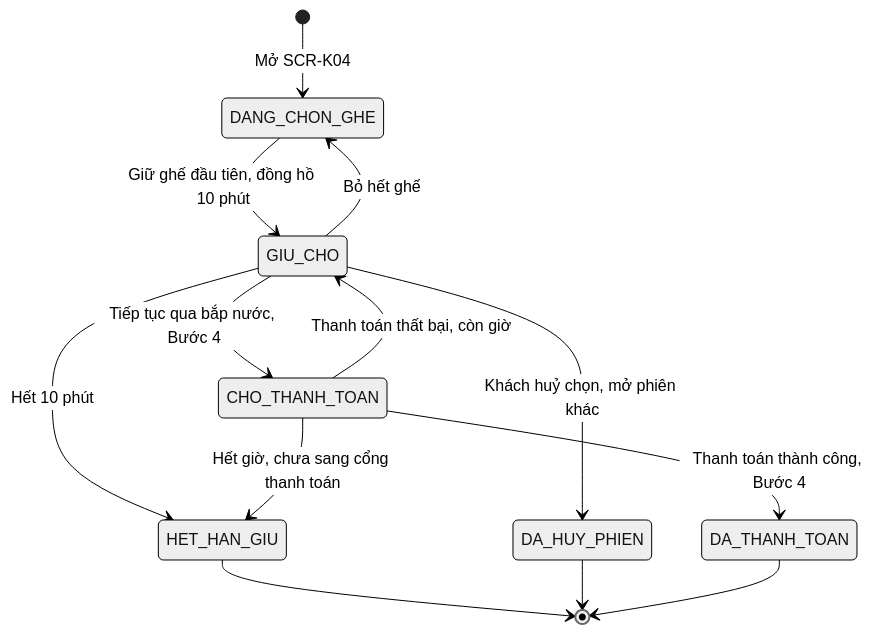
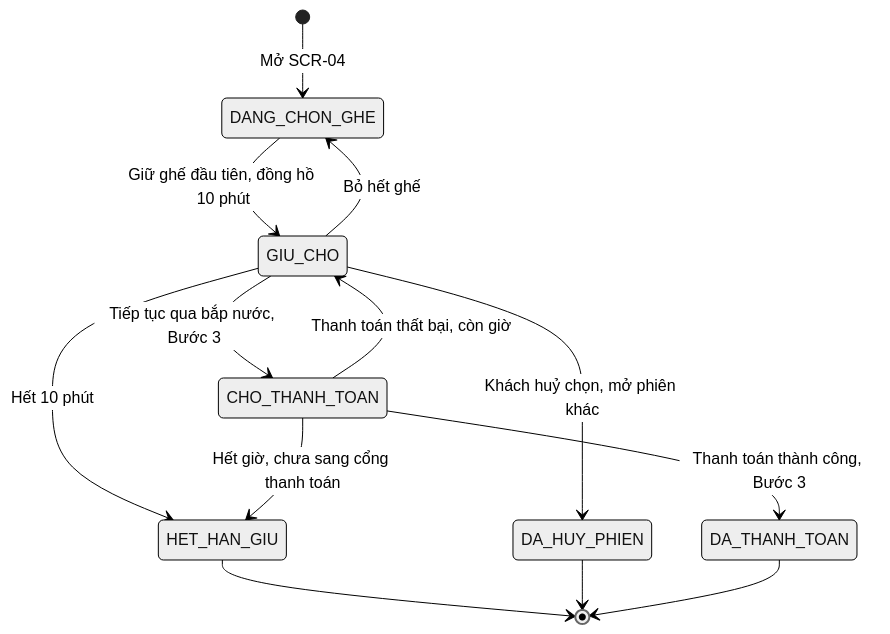
The third of 15 diagrams in docs/SRS.md (uxfoundation-vn/de08-dat-ve-xem-phim), drawn with Mermaid (neutral theme) before and after one commit. The commit also changed other lines of this file and 2 other files, not shown here.

````diff
--- a/docs/SRS.md
+++ b/docs/SRS.md
@@ -192,15 +140,15 @@
 ```mermaid
 stateDiagram-v2
-  [*] --> DANG_CHON_GHE : Mở SCR-K04
+  [*] --> DANG_CHON_GHE : Mở SCR-04
   DANG_CHON_GHE --> GIU_CHO : Giữ ghế đầu tiên, đồng hồ 10 phút
   GIU_CHO --> DANG_CHON_GHE : Bỏ hết ghế
-  GIU_CHO --> CHO_THANH_TOAN : Tiếp tục qua bắp nước, Bước 4
+  GIU_CHO --> CHO_THANH_TOAN : Tiếp tục qua bắp nước, Bước 3
   GIU_CHO --> HET_HAN_GIU : Hết 10 phút
   CHO_THANH_TOAN --> HET_HAN_GIU : Hết giờ, chưa sang cổng thanh toán
-  CHO_THANH_TOAN --> DA_THANH_TOAN : Thanh toán thành công, Bước 4
+  CHO_THANH_TOAN --> DA_THANH_TOAN : Thanh toán thành công, Bước 3
   CHO_THANH_TOAN --> GIU_CHO : Thanh toán thất bại, còn giờ
   GIU_CHO --> DA_HUY_PHIEN : Khách huỷ chọn, mở phiên khác
   HET_HAN_GIU --> [*]
   DA_HUY_PHIEN --> [*]
   DA_THANH_TOAN --> [*]
 ```
````
